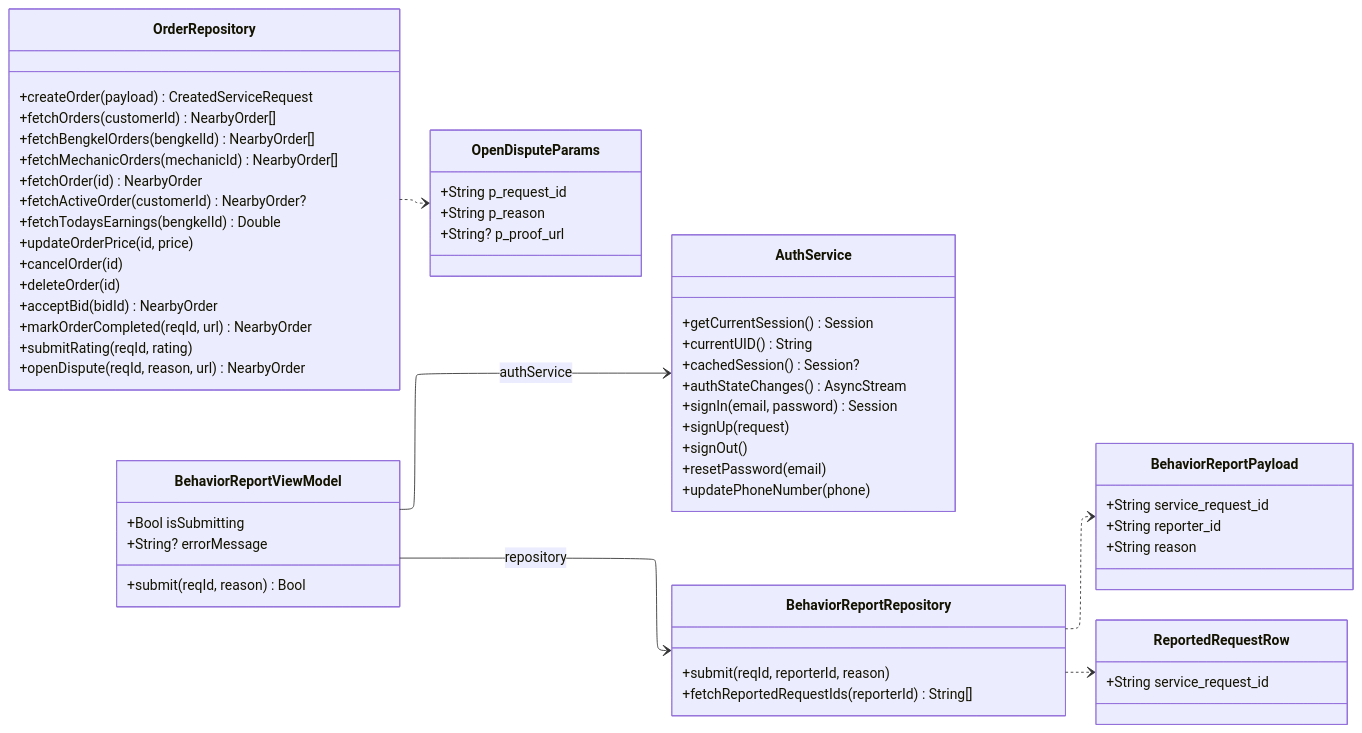
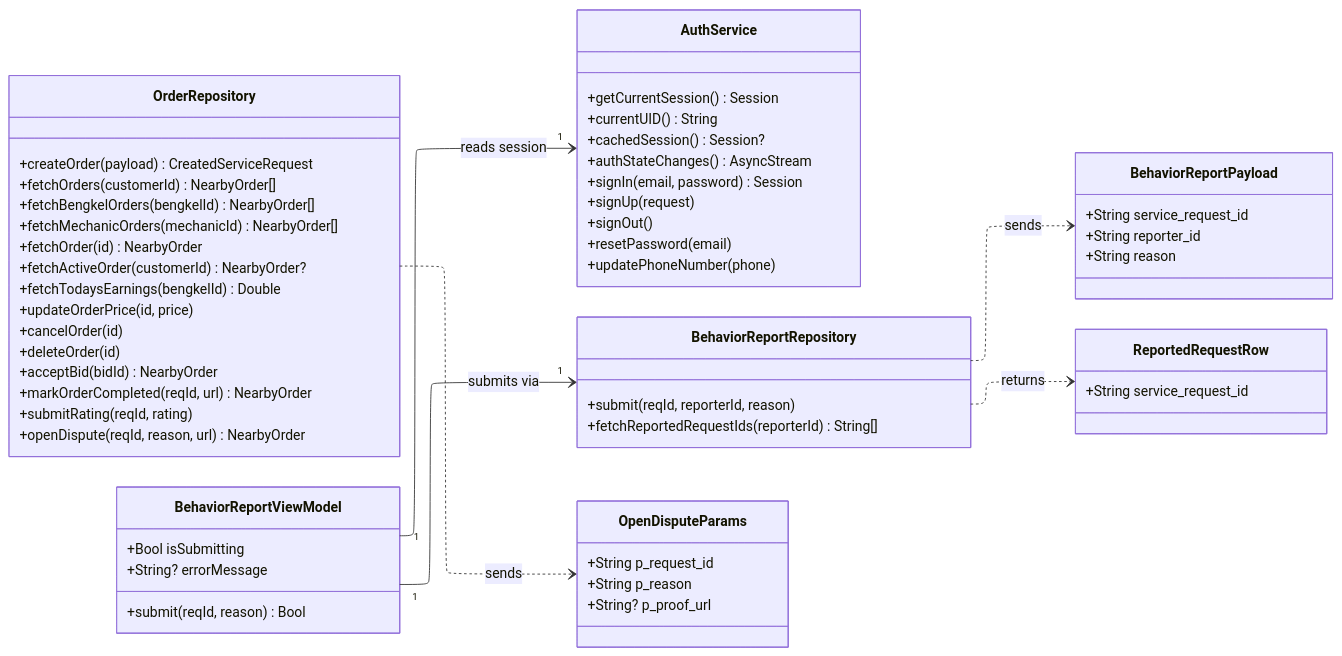
Before and after one commit to rei-soemanto/BengkelIn_SE: diagram 12 of 12 in diagram/feature-class-diagrams.md, drawn with Mermaid. The commit also changed other lines of this file and 12 other files, not shown here.

Commit message:
more accurate full class diagram

````diff
--- a/diagram/feature-class-diagrams.md
+++ b/diagram/feature-class-diagrams.md
@@ -1898,68 +1936,68 @@
 ```mermaid
 ---
 config:
   layout: elk
   elk:
     nodePlacementStrategy: LINEAR_SEGMENTS
     mergeEdges: false
 ---
 classDiagram
     direction LR
 
     class AuthService {
         +getCurrentSession() Session
         +currentUID() String
         +cachedSession() Session?
         +authStateChanges() AsyncStream
         +signIn(email, password) Session
         +signUp(request)
         +signOut()
         +resetPassword(email)
         +updatePhoneNumber(phone)
     }
     class OrderRepository {
         +createOrder(payload) CreatedServiceRequest
         +fetchOrders(customerId) NearbyOrder[]
         +fetchBengkelOrders(bengkelId) NearbyOrder[]
         +fetchMechanicOrders(mechanicId) NearbyOrder[]
         +fetchOrder(id) NearbyOrder
         +fetchActiveOrder(customerId) NearbyOrder?
         +fetchTodaysEarnings(bengkelId) Double
         +updateOrderPrice(id, price)
         +cancelOrder(id)
         +deleteOrder(id)
         +acceptBid(bidId) NearbyOrder
         +markOrderCompleted(reqId, url) NearbyOrder
         +submitRating(reqId, rating)
         +openDispute(reqId, reason, url) NearbyOrder
     }
     class BehaviorReportRepository {
         +submit(reqId, reporterId, reason)
         +fetchReportedRequestIds(reporterId) String[]
     }
     class BehaviorReportViewModel {
         +Bool isSubmitting
         +String? errorMessage
         +submit(reqId, reason) Bool
     }
     class BehaviorReportPayload {
         +String service_request_id
         +String reporter_id
         +String reason
     }
     class OpenDisputeParams {
         +String p_request_id
         +String p_reason
         +String? p_proof_url
     }
     class ReportedRequestRow {
         +String service_request_id
     }
 
-    BehaviorReportViewModel --> BehaviorReportRepository : repository
-    BehaviorReportViewModel --> AuthService : authService
-    BehaviorReportRepository ..> BehaviorReportPayload
-    BehaviorReportRepository ..> ReportedRequestRow
-    OrderRepository ..> OpenDisputeParams
+    BehaviorReportViewModel "1" --> "1" BehaviorReportRepository : submits via
+    BehaviorReportViewModel "1" --> "1" AuthService : reads session
+    BehaviorReportRepository ..> BehaviorReportPayload : sends
+    BehaviorReportRepository ..> ReportedRequestRow : returns
+    OrderRepository ..> OpenDisputeParams : sends
 
 ```
````
